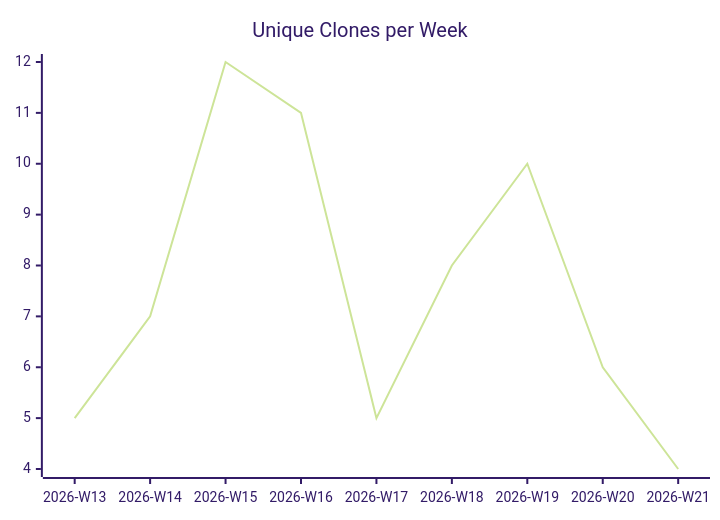
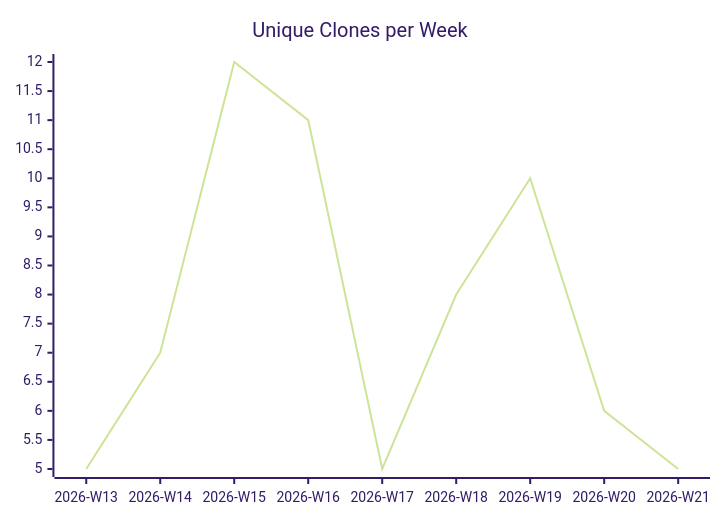
Before and after one commit to justdavis-family/github-analytics-data: the third of 3 diagrams in karlmdavis/fhir-benchmarks/README.md, drawn with Mermaid (forest theme). The commit also changed other lines of this file and 189 other files, not shown here.

````diff
--- a/karlmdavis/fhir-benchmarks/README.md
+++ b/karlmdavis/fhir-benchmarks/README.md
@@ -19,6 +19,6 @@
 ```mermaid
 xychart-beta
   title "Unique Clones per Week"
   x-axis ["2026-W13", "2026-W14", "2026-W15", "2026-W16", "2026-W17", "2026-W18", "2026-W19", "2026-W20", "2026-W21"]
-  line [5, 7, 12, 11, 5, 8, 10, 6, 4]
+  line [5, 7, 12, 11, 5, 8, 10, 6, 5]
 ```
````
